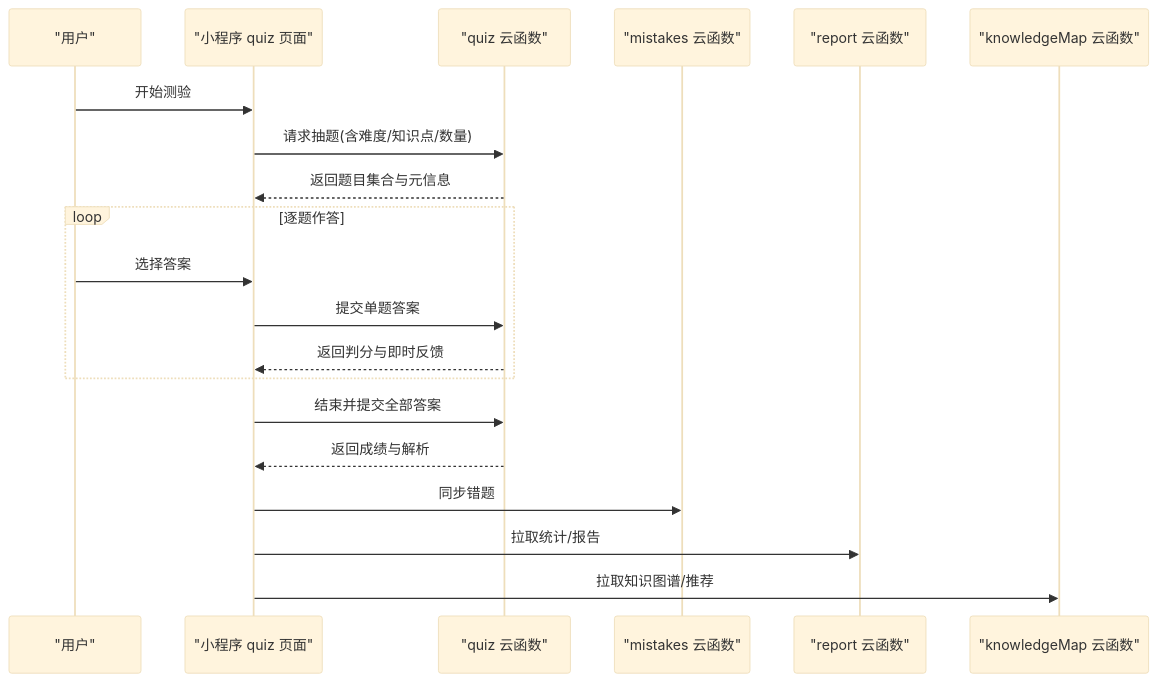
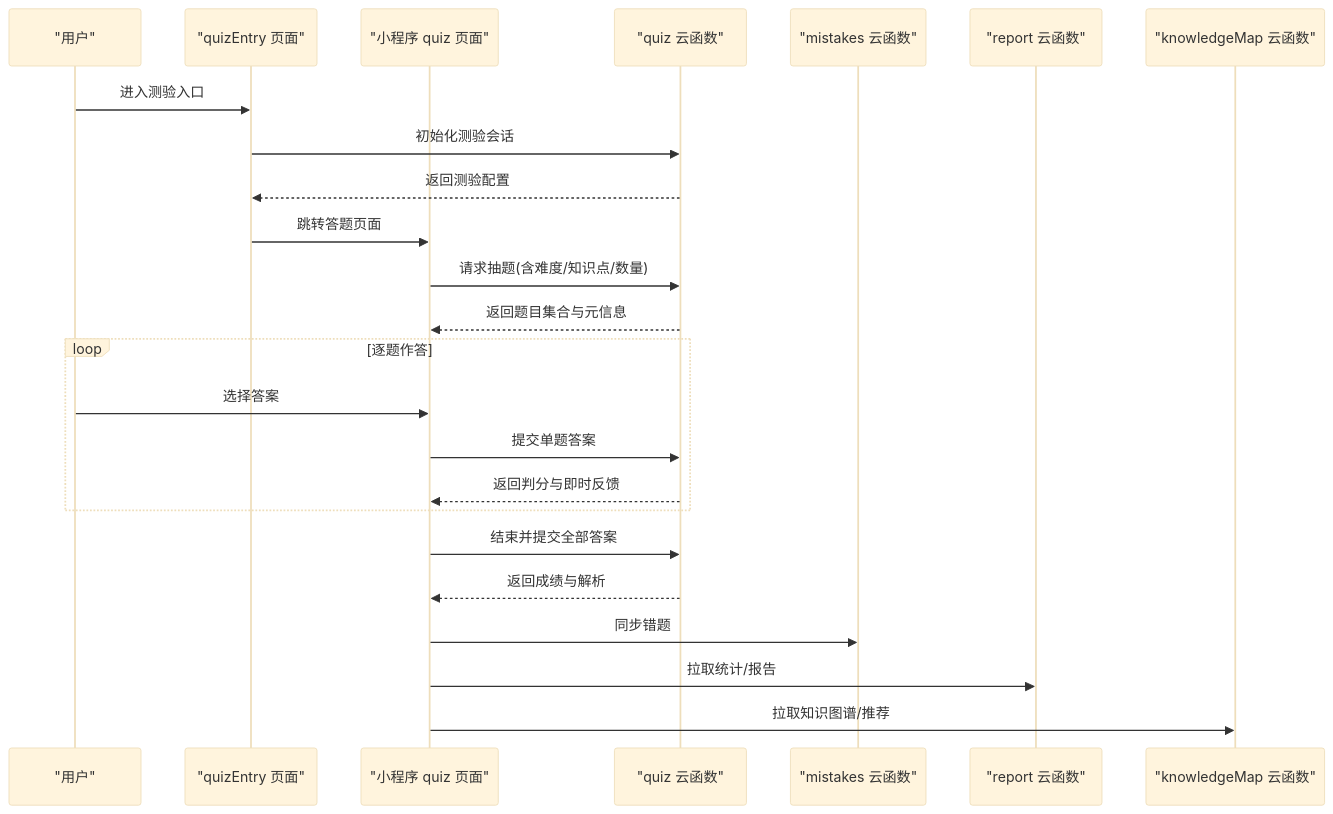
One commit to cwb7756/bio changed the second of 6 diagrams in .qoder/repowiki/zh/content/API接口文档/测验系统API.md. Above: the diagram before and after it, drawn with Mermaid (base theme). The commit also changed other lines of this file and 46 other files, not shown here.

````diff
--- a/.qoder/repowiki/zh/content/API接口文档/测验系统API.md
+++ b/.qoder/repowiki/zh/content/API接口文档/测验系统API.md
@@ -89,22 +103,26 @@
 ```mermaid
 sequenceDiagram
 participant U as "用户"
+participant QE as "quizEntry 页面"
 participant P as "小程序 quiz 页面"
 participant QF as "quiz 云函数"
 participant MF as "mistakes 云函数"
 participant RF as "report 云函数"
 participant KF as "knowledgeMap 云函数"
-U->>P : 开始测验
+U->>QE : 进入测验入口
+QE->>QF : 初始化测验会话
+QF-->>QE : 返回测验配置
+QE->>P : 跳转答题页面
 P->>QF : 请求抽题(含难度/知识点/数量)
 QF-->>P : 返回题目集合与元信息
 loop 逐题作答
 U->>P : 选择答案
 P->>QF : 提交单题答案
 QF-->>P : 返回判分与即时反馈
 end
 P->>QF : 结束并提交全部答案
 QF-->>P : 返回成绩与解析
 P->>MF : 同步错题
 P->>RF : 拉取统计/报告
 P->>KF : 拉取知识图谱/推荐
 ```
````
